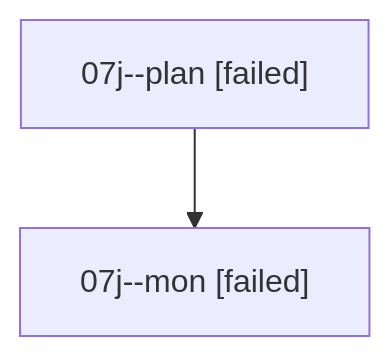
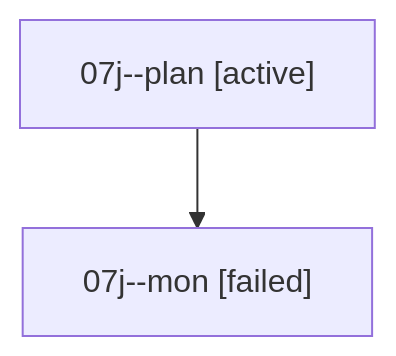
Before and after one commit to sase-org/sase--agents: the diagram in families/bbugyi200.athena.07j.md, drawn with Mermaid. The commit also changed other lines of this file and 35830 other files, not shown here.

````diff
--- a/families/bbugyi200.athena.07j.md
+++ b/families/bbugyi200.athena.07j.md
@@ -9,6 +9,6 @@
 ```mermaid
 flowchart TD
-  n0["07j--plan [failed]"]
+  n0["07j--plan [active]"]
   n1["07j--mon [failed]"]
   n0 --> n1
 ```
````
